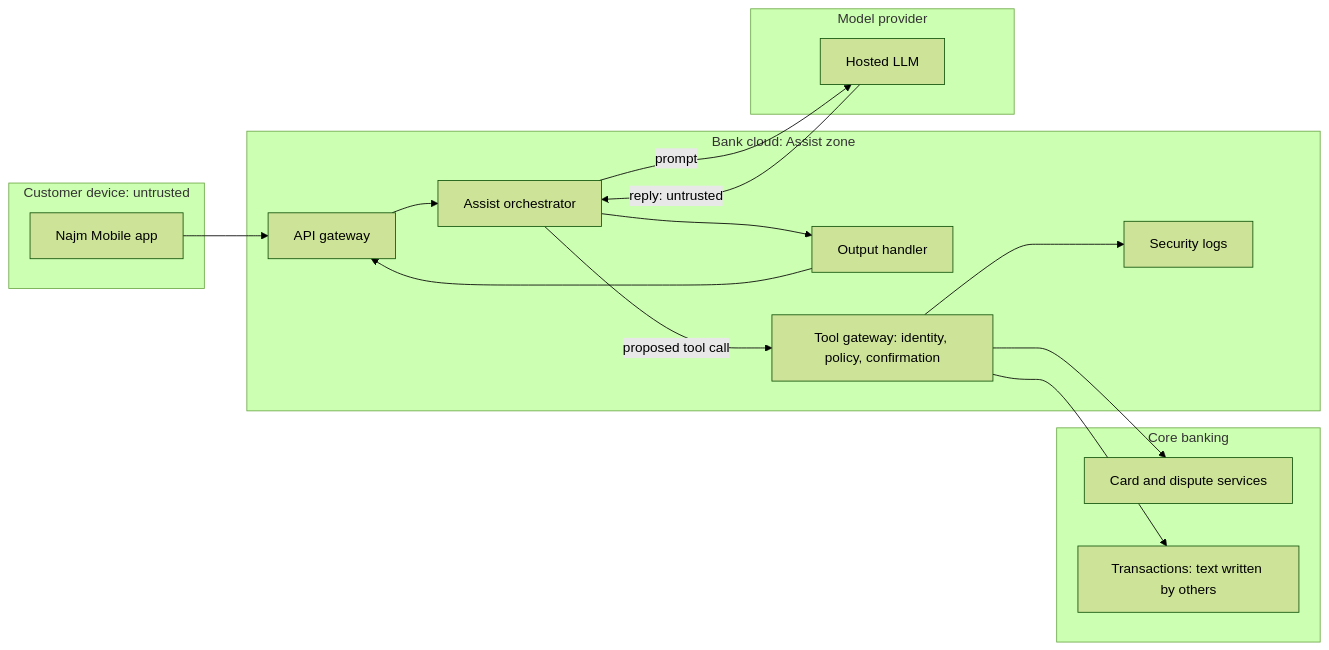
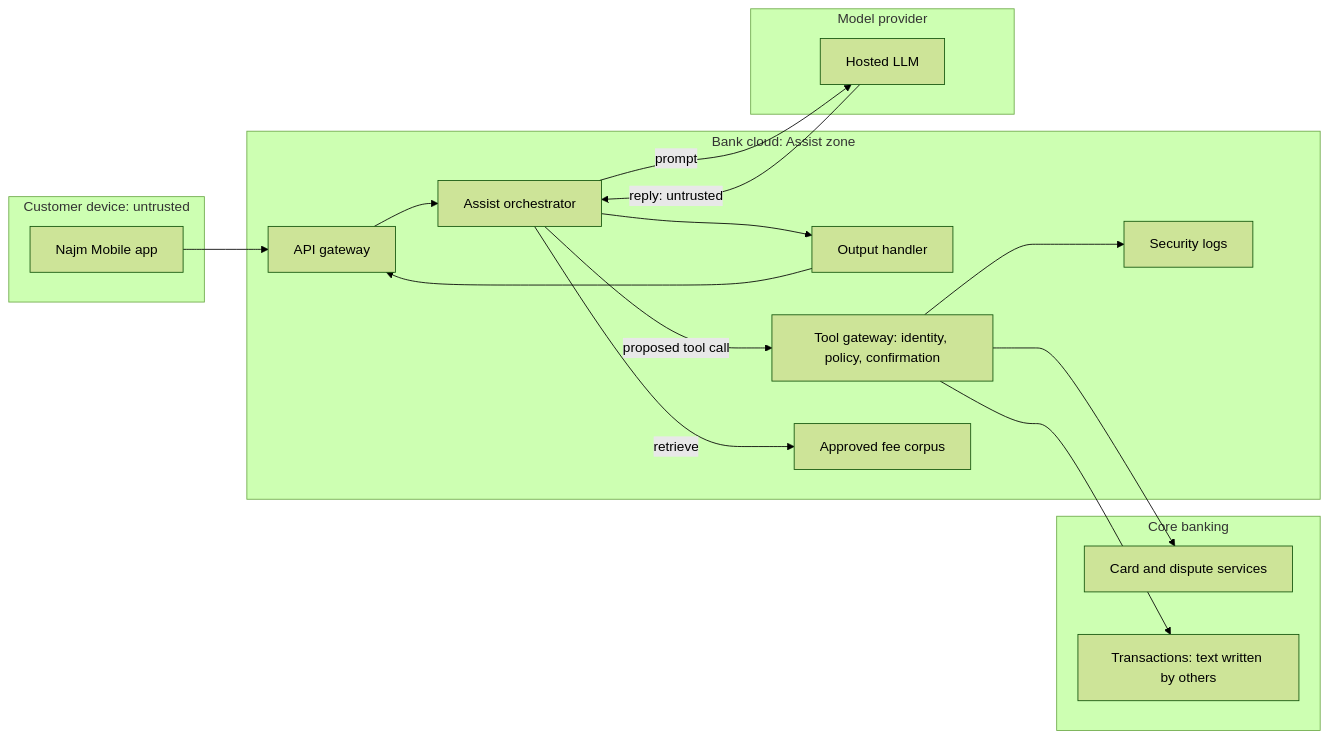
Before and after one commit to Tamoura/system-design-for-vibe-coders: the diagram in secai/modules/12-capstone.md, drawn with Mermaid (forest theme). The commit also changed other lines of this file and 9 other files, not shown here.

````diff
--- a/secai/modules/12-capstone.md
+++ b/secai/modules/12-capstone.md
@@ -52,28 +52,30 @@
 ```mermaid
 flowchart LR
     subgraph DEV["Customer device: untrusted"]
         APP["Najm Mobile app"]
     end
     subgraph BANK["Bank cloud: Assist zone"]
         GW["API gateway"]
         ORC["Assist orchestrator"]
         OUT["Output handler"]
         TG["Tool gateway: identity, policy, confirmation"]
+        KB["Approved fee corpus"]
         LOG["Security logs"]
     end
     subgraph PROV["Model provider"]
         LLM["Hosted LLM"]
     end
     subgraph CORE["Core banking"]
         CARDS["Card and dispute services"]
         TXN["Transactions: text written by others"]
     end
     APP --> GW --> ORC
+    ORC -->|"retrieve"| KB
     ORC -->|"prompt"| LLM
     LLM -->|"reply: untrusted"| ORC
     ORC -->|"proposed tool call"| TG
     TG --> CARDS
     TG --> TXN
     ORC --> OUT --> GW
     TG --> LOG
 ```
````
